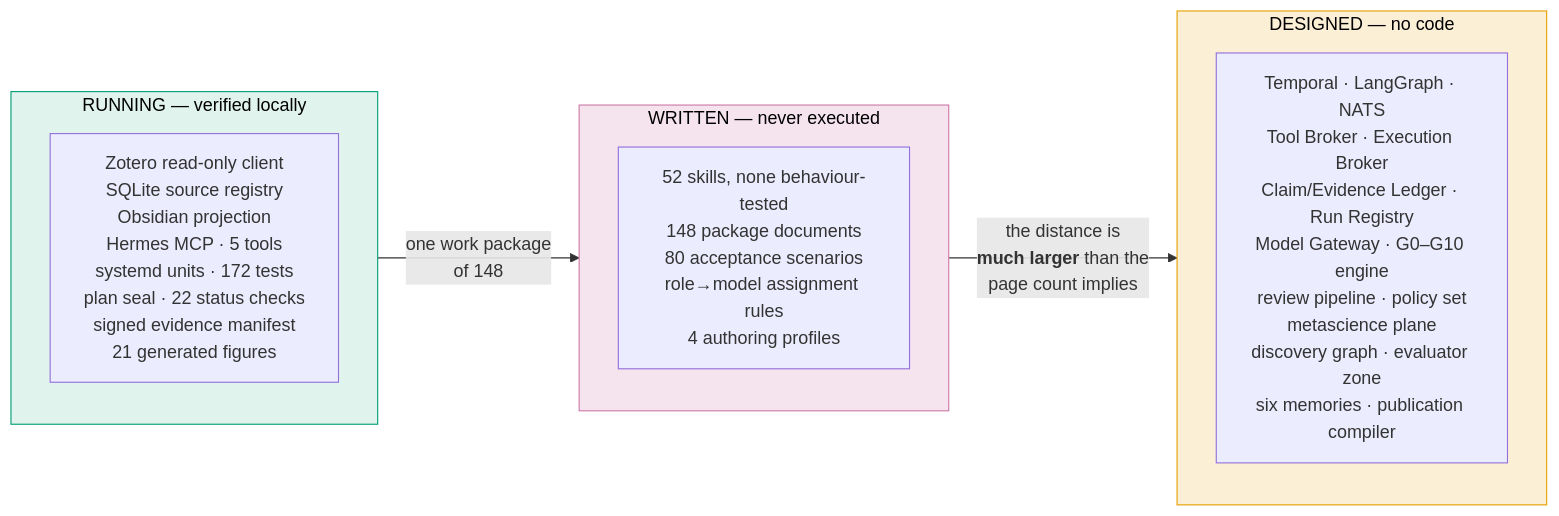
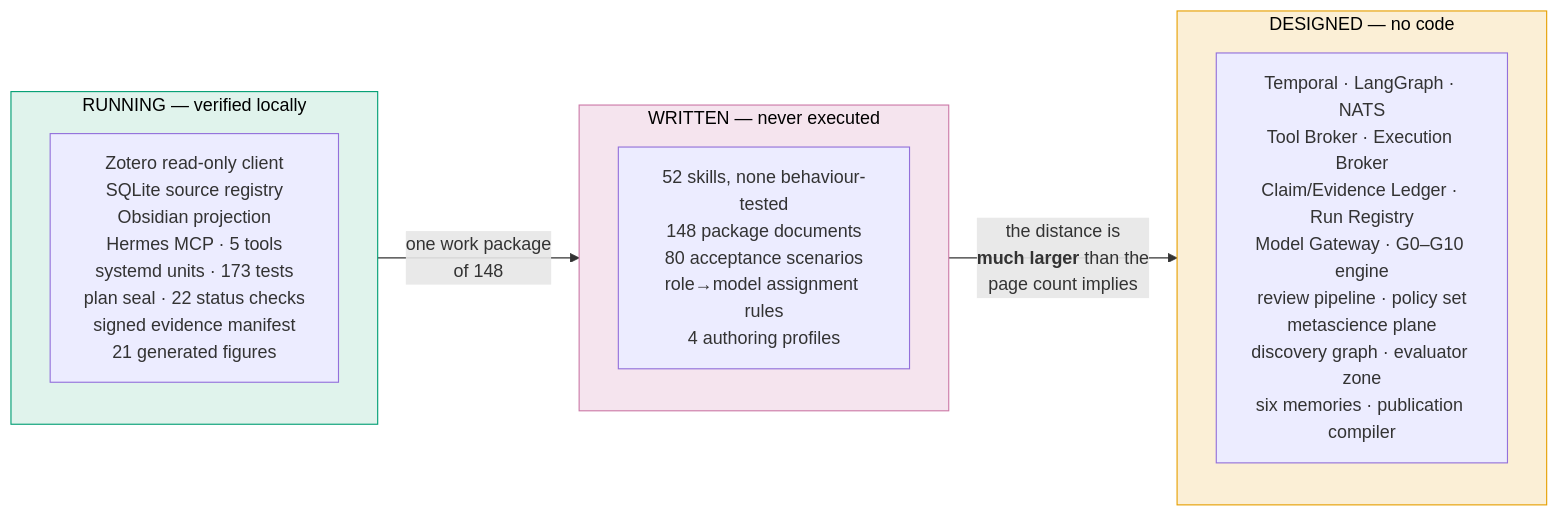
Diagram 23 of 24 in docs/architecture/AETHRION_ARCHITECTURE.md (furkanhanilci/AETHRION), drawn with Mermaid before and after one commit. The commit also changed 40 other files, not shown here.

````diff
--- a/docs/architecture/AETHRION_ARCHITECTURE.md
+++ b/docs/architecture/AETHRION_ARCHITECTURE.md
@@ -1042,17 +1042,17 @@
 ```mermaid
 flowchart LR
     subgraph WORKING["RUNNING — verified locally"]
-        W["Zotero read-only client<br/>SQLite source registry<br/>Obsidian projection<br/>Hermes MCP · 5 tools<br/>systemd units · 172 tests<br/>plan seal · 22 status checks<br/>signed evidence manifest<br/>21 generated figures"]
+        W["Zotero read-only client<br/>SQLite source registry<br/>Obsidian projection<br/>Hermes MCP · 5 tools<br/>systemd units · 173 tests<br/>plan seal · 22 status checks<br/>signed evidence manifest<br/>21 generated figures"]
     end
     subgraph WRITTEN["WRITTEN — never executed"]
         S["52 skills, none behaviour-tested<br/>148 package documents<br/>80 acceptance scenarios<br/>role→model assignment rules<br/>4 authoring profiles"]
     end
     subgraph DESIGNED["DESIGNED — no code"]
         D["Temporal · LangGraph · NATS<br/>Tool Broker · Execution Broker<br/>Claim/Evidence Ledger · Run Registry<br/>Model Gateway · G0–G10 engine<br/>review pipeline · policy set<br/>metascience plane<br/>discovery graph · evaluator zone<br/>six memories · publication compiler"]
     end
     WORKING -->|"one work package<br/>of 148"| WRITTEN
     WRITTEN -->|"the distance is<br/><b>much larger</b> than the<br/>page count implies"| DESIGNED
     style WORKING fill:#E0F3EC,stroke:#009E73,color:#000
     style WRITTEN fill:#F5E4EE,stroke:#CC79A7,color:#000
     style DESIGNED fill:#FBEFD6,stroke:#E69F00,color:#000
 ```
````
